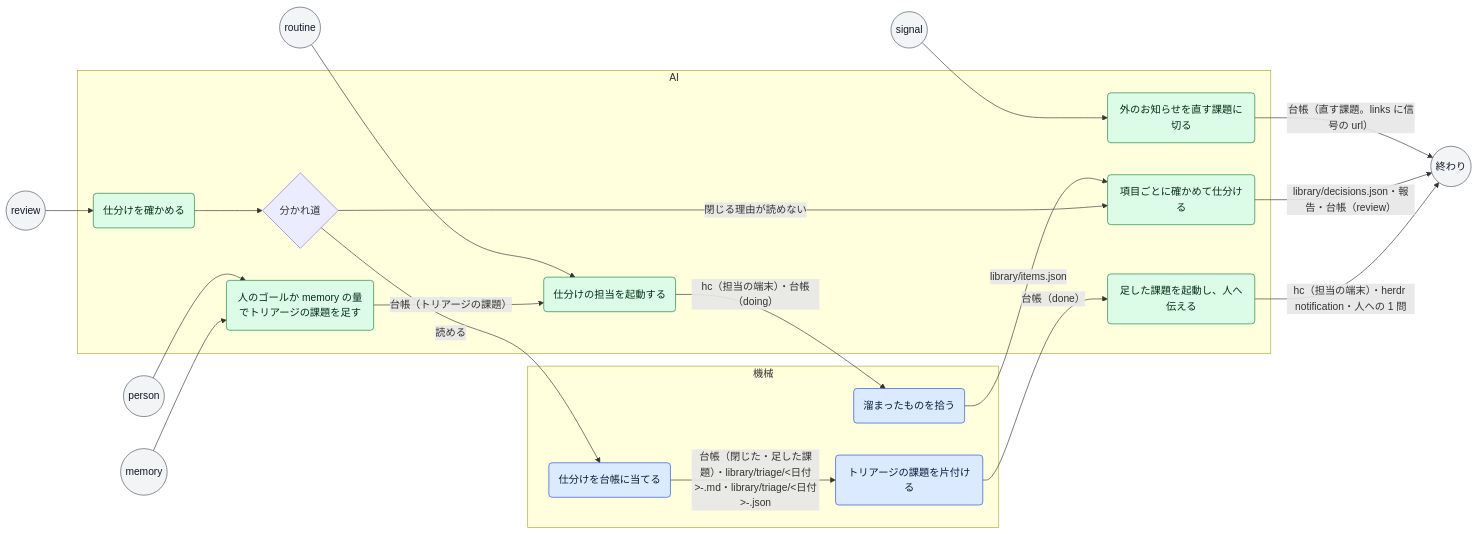
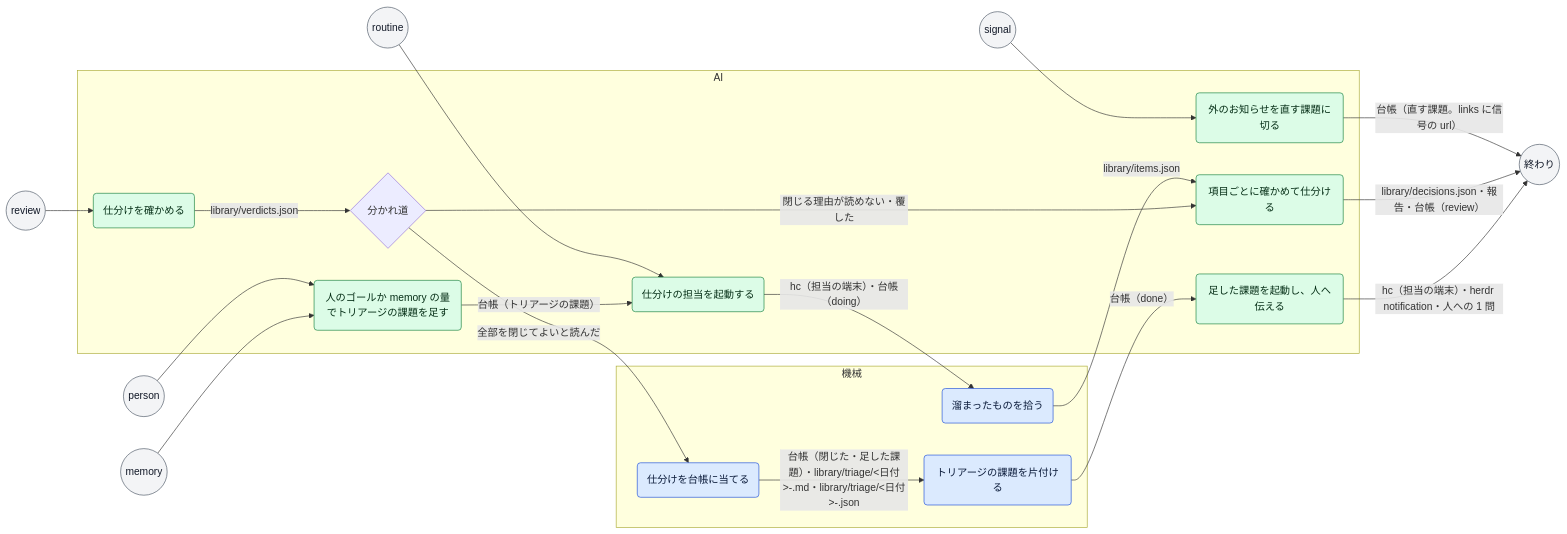
One commit to mitaku/andon changed the diagram in docs/process/triage.md. Above: the diagram before and after it, drawn with Mermaid. The commit also changed other lines of this file and 13 other files, not shown here.

````diff
--- a/docs/process/triage.md
+++ b/docs/process/triage.md
@@ -19,43 +19,43 @@
 ```mermaid
 flowchart LR
   classDef machine fill:#dbeafe,stroke:#1d4ed8,color:#0b1b3a
   classDef ai fill:#dcfce7,stroke:#15803d,color:#052e16
   classDef person fill:#fef3c7,stroke:#b45309,color:#3b1d02
   classDef event fill:#f3f4f6,stroke:#4b5563,color:#111827
   t_routine(("routine")):::event
   t_person(("person")):::event
   t_signal(("signal")):::event
   t_memory(("memory")):::event
   t_review(("review")):::event
   subgraph lane_machine["機械"]
     s_collect("溜まったものを拾う"):::machine
     s_apply("仕分けを台帳に当てる"):::machine
     s_finish("トリアージの課題を片付ける"):::machine
   end
   subgraph lane_ai["AI"]
     s_signal("外のお知らせを直す課題に切る"):::ai
     s_add("人のゴールか memory の量でトリアージの課題を足す"):::ai
     s_start("仕分けの担当を起動する"):::ai
     s_sort("項目ごとに確かめて仕分ける"):::ai
     s_check("仕分けを確かめる"):::ai
     g_check{"分かれ道"}
     s_follow("足した課題を起動し、人へ伝える"):::ai
   end
   t_routine --> s_start
   t_person --> s_add
   t_signal --> s_signal
   t_memory --> s_add
   t_review --> s_check
   s_signal -->|"台帳（直す課題。links に信号の url）"| fin
   s_add -->|"台帳（トリアージの課題）"| s_start
   s_start -->|"hc（担当の端末）・台帳（doing）"| s_collect
   s_collect -->|"library/items.json"| s_sort
   s_sort -->|"library/decisions.json・報告・台帳（review）"| fin
-  s_check --> g_check
-  g_check -->|"閉じる理由が読めない"| s_sort
-  g_check -->|"読める"| s_apply
+  s_check -->|"library/verdicts.json"| g_check
+  g_check -->|"閉じる理由が読めない・覆した"| s_sort
+  g_check -->|"全部を閉じてよいと読んだ"| s_apply
   s_apply -->|"台帳（閉じた・足した課題）・library/triage/<日付>-<id>.md・library/triage/<日付>-<id>.json"| s_finish
   s_finish -->|"台帳（done）"| s_follow
   s_follow -->|"hc（担当の端末）・herdr notification・人への 1 問"| fin
   fin(("終わり")):::event
 ```
````
